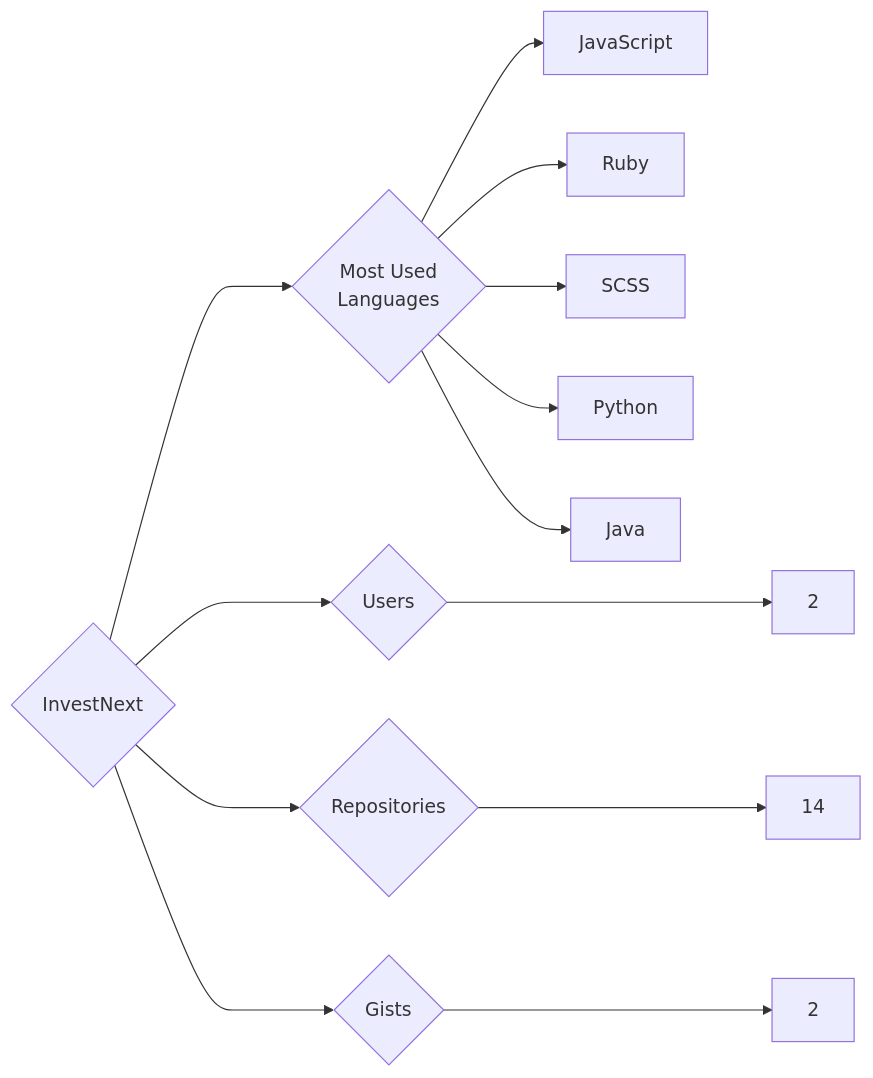
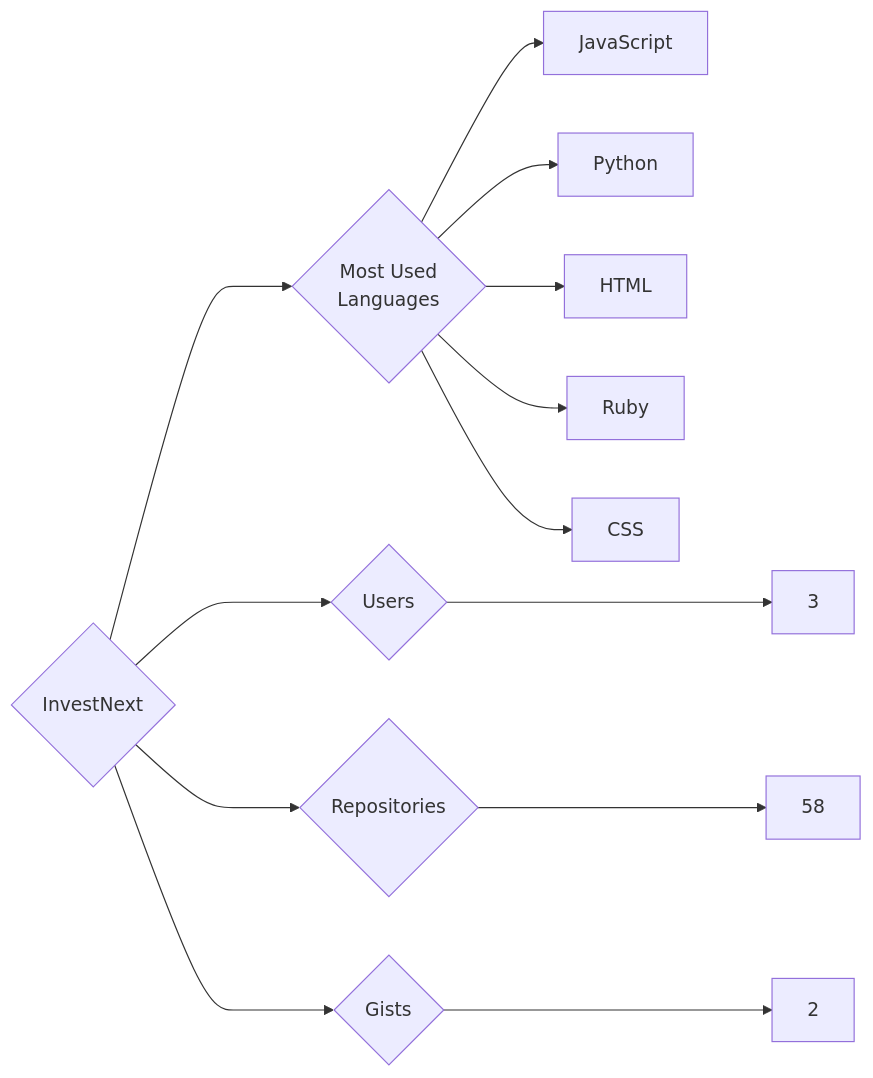
The diagram in targets/InvestNext/README.md (trickest/insiders), drawn with Mermaid before and after one commit. The commit also changed 1166 other files, not shown here.

````diff
--- a/targets/InvestNext/README.md
+++ b/targets/InvestNext/README.md
@@ -3,13 +3,13 @@
 ```mermaid
 graph LR
 COMPANY_NAME{InvestNext}
-COMPANY_NAME ---> U{Users} ---> UN[2]
-COMPANY_NAME ---> R{Repositories} ---> RN[14]
+COMPANY_NAME ---> U{Users} ---> UN[3]
+COMPANY_NAME ---> R{Repositories} ---> RN[58]
 COMPANY_NAME ---> G{Gists} ---> GN[2]
 COMPANY_NAME ---> ML{Most Used<br>Languages}
 ML --> JavaScript[JavaScript]
+ML --> Python[Python]
+ML --> HTML[HTML]
 ML --> Ruby[Ruby]
-ML --> SCSS[SCSS]
-ML --> Python[Python]
-ML --> Java[Java]
+ML --> CSS[CSS]
 ```
````
